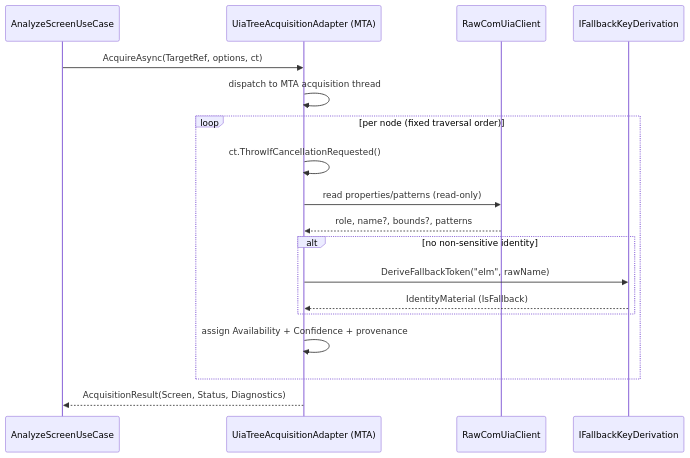
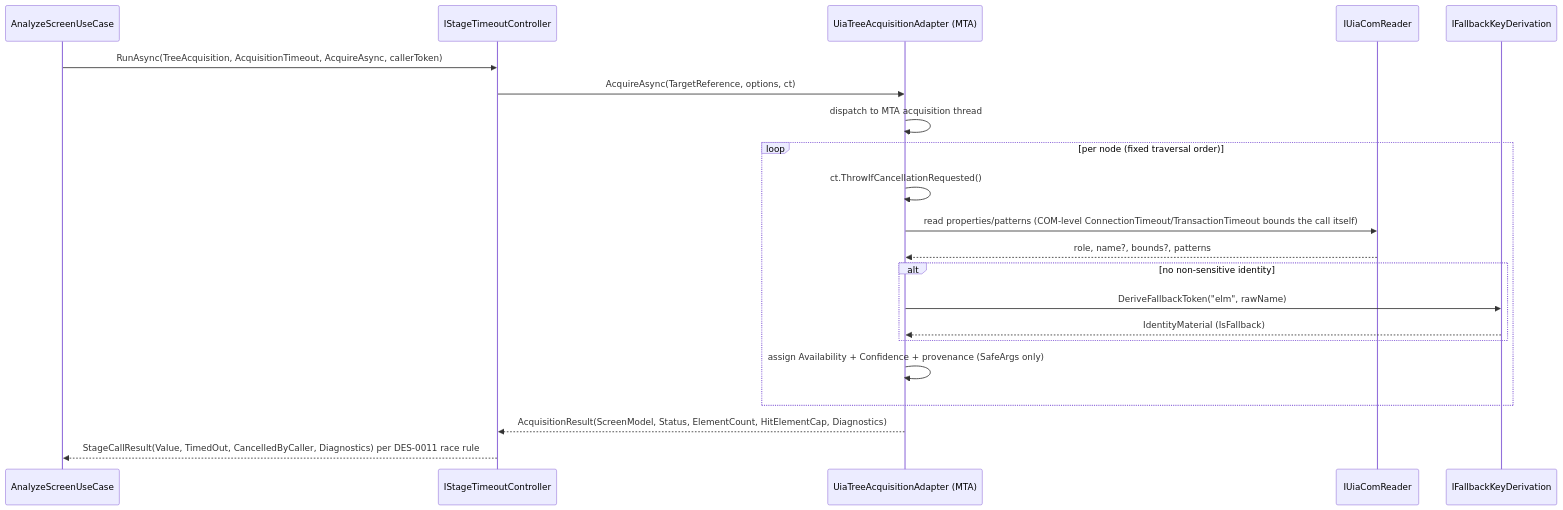
Before and after one commit to urario/Surveyor: the second of 2 diagrams in knowledge/design/des-0014-discovery-uia-msaa-acquisition-and-read-only-audit.md, drawn with Mermaid. The commit also changed other lines of this file, not shown here.

First line of the commit message:
docs: align DES-0014 port/DTO contracts with DES-0011

````diff
--- a/knowledge/design/des-0014-discovery-uia-msaa-acquisition-and-read-only-audit.md
+++ b/knowledge/design/des-0014-discovery-uia-msaa-acquisition-and-read-only-audit.md
@@ -245,20 +265,23 @@
 ```mermaid
 sequenceDiagram
     participant UC as AnalyzeScreenUseCase
+    participant STC as IStageTimeoutController
     participant ACQ as UiaTreeAcquisitionAdapter (MTA)
-    participant COM as RawComUiaClient
+    participant COM as IUiaComReader
     participant M09 as IFallbackKeyDerivation
-    UC->>ACQ: AcquireAsync(TargetRef, options, ct)
+    UC->>STC: RunAsync(TreeAcquisition, AcquisitionTimeout, AcquireAsync, callerToken)
+    STC->>ACQ: AcquireAsync(TargetReference, options, ct)
     ACQ->>ACQ: dispatch to MTA acquisition thread
     loop per node (fixed traversal order)
         ACQ->>ACQ: ct.ThrowIfCancellationRequested()
-        ACQ->>COM: read properties/patterns (read-only)
+        ACQ->>COM: read properties/patterns (COM-level ConnectionTimeout/TransactionTimeout bounds the call itself)
         COM-->>ACQ: role, name?, bounds?, patterns
         alt no non-sensitive identity
             ACQ->>M09: DeriveFallbackToken("elm", rawName)
             M09-->>ACQ: IdentityMaterial (IsFallback)
         end
-        ACQ->>ACQ: assign Availability + Confidence + provenance
+        ACQ->>ACQ: assign Availability + Confidence + provenance (SafeArgs only)
     end
-    ACQ-->>UC: AcquisitionResult(Screen, Status, Diagnostics)
+    ACQ-->>STC: AcquisitionResult(ScreenModel, Status, ElementCount, HitElementCap, Diagnostics)
+    STC-->>UC: StageCallResult(Value, TimedOut, CancelledByCaller, Diagnostics) per DES-0011 race rule
 ```
````
